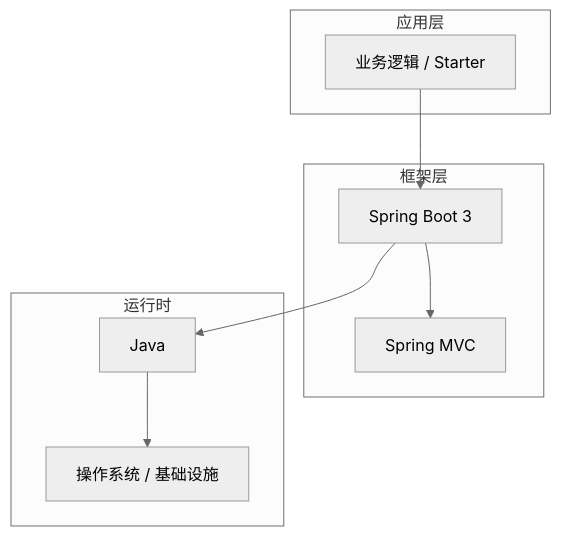
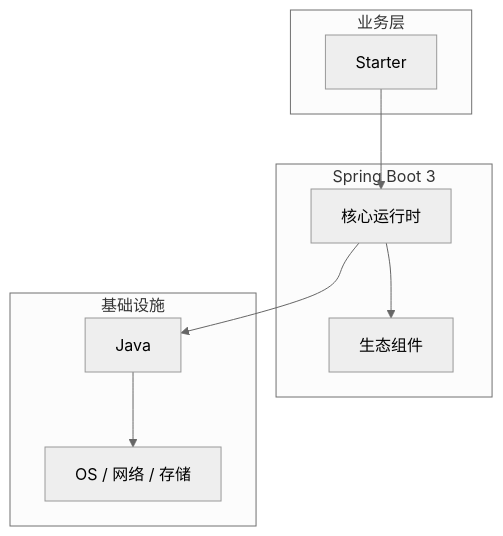
The diagram in articles/Spring Boot/chapters/016-Starter核心概念与原理.md (yanggan2015/knowledge-json-v2), drawn with Mermaid (neutral theme) before and after one commit. The commit also changed other lines of this file and 10127 other files, not shown here.

````diff
--- a/articles/Spring Boot/chapters/016-Starter核心概念与原理.md
+++ b/articles/Spring Boot/chapters/016-Starter核心概念与原理.md
@@ -45,18 +34,18 @@
 ```mermaid
 graph TB
-    subgraph 应用层
-        A[业务逻辑 / Starter]
+    subgraph 业务层
+        A[Starter]
     end
-    subgraph 框架层
-        B[Spring Boot 3]
-        C[Spring MVC]
+    subgraph Spring Boot 3
+        B[核心运行时]
+        C[生态组件]
     end
-    subgraph 运行时
+    subgraph 基础设施
         D[Java]
-        E[操作系统 / 基础设施]
+        E[OS / 网络 / 存储]
     end
     A --> B
     B --> C
     B --> D
     D --> E
 ```
````
